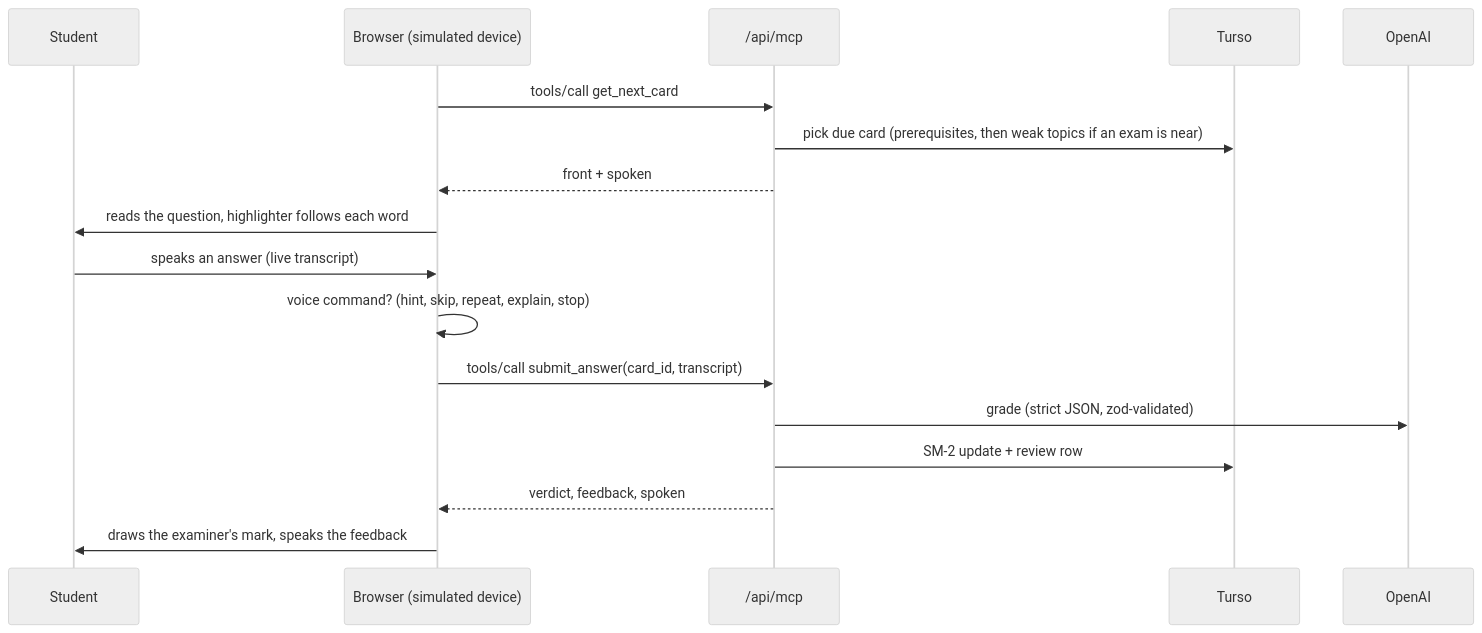
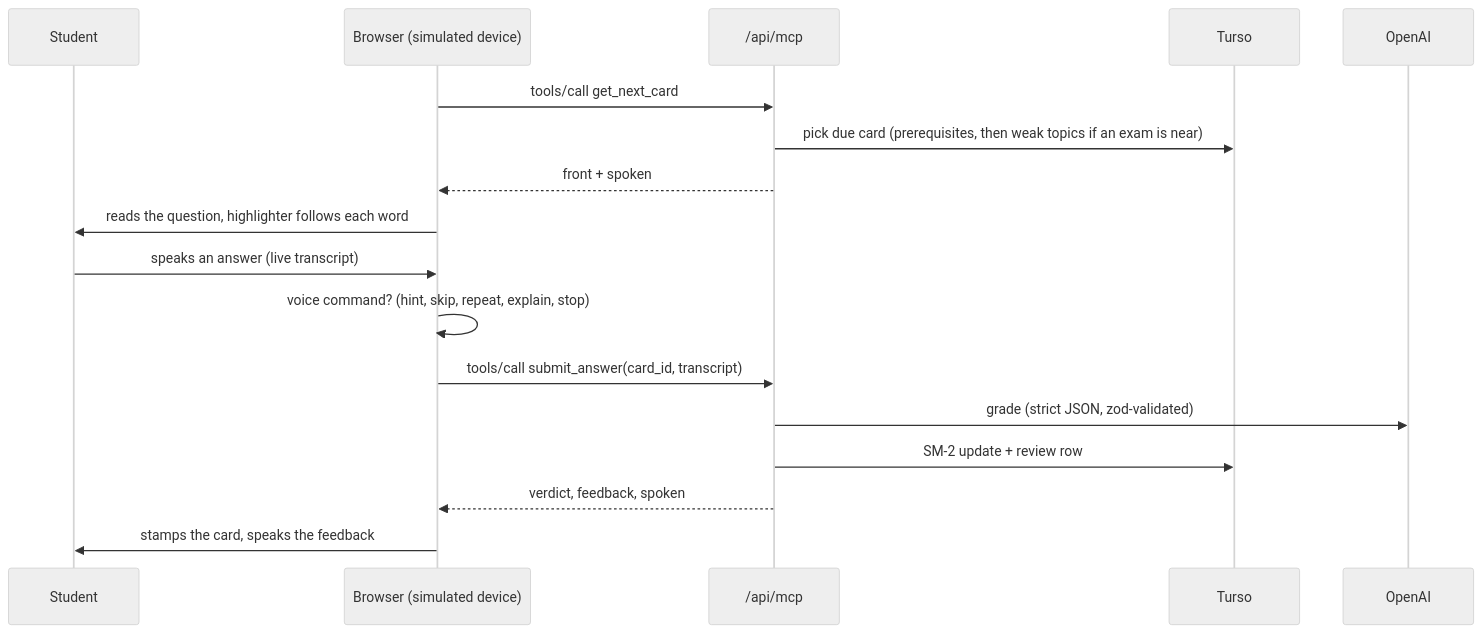
The second of 2 diagrams in README.md (Nana-Kojo801/viva-mcp), drawn with Mermaid (neutral theme) before and after one commit. The commit also changed other lines of this file and 3 other files, not shown here.

````diff
--- a/README.md
+++ b/README.md
@@ -78,19 +78,19 @@
 ```mermaid
 sequenceDiagram
   participant U as Student
   participant B as Browser (simulated device)
   participant M as /api/mcp
   participant D as Turso
   participant O as OpenAI
   B->>M: tools/call get_next_card
   M->>D: pick due card (prerequisites, then weak topics if an exam is near)
   M-->>B: front + spoken
   B->>U: reads the question, highlighter follows each word
   U->>B: speaks an answer (live transcript)
   B->>B: voice command? (hint, skip, repeat, explain, stop)
   B->>M: tools/call submit_answer(card_id, transcript)
   M->>O: grade (strict JSON, zod-validated)
   M->>D: SM-2 update + review row
   M-->>B: verdict, feedback, spoken
-  B->>U: draws the examiner's mark, speaks the feedback
+  B->>U: stamps the card, speaks the feedback
 ```
````
